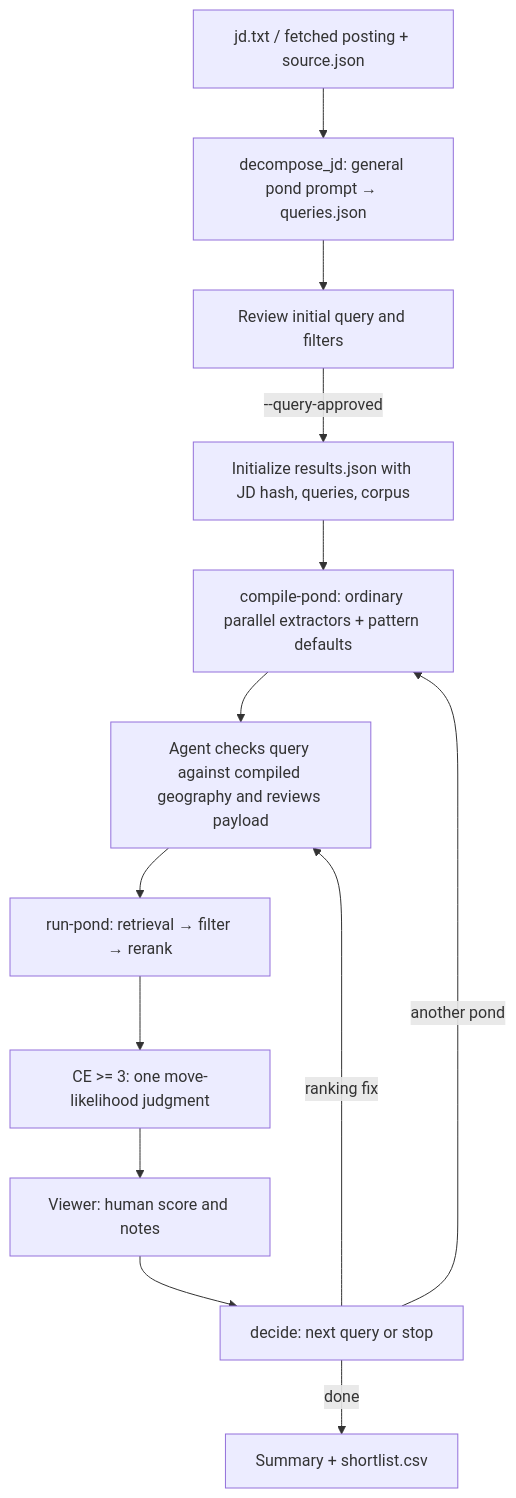
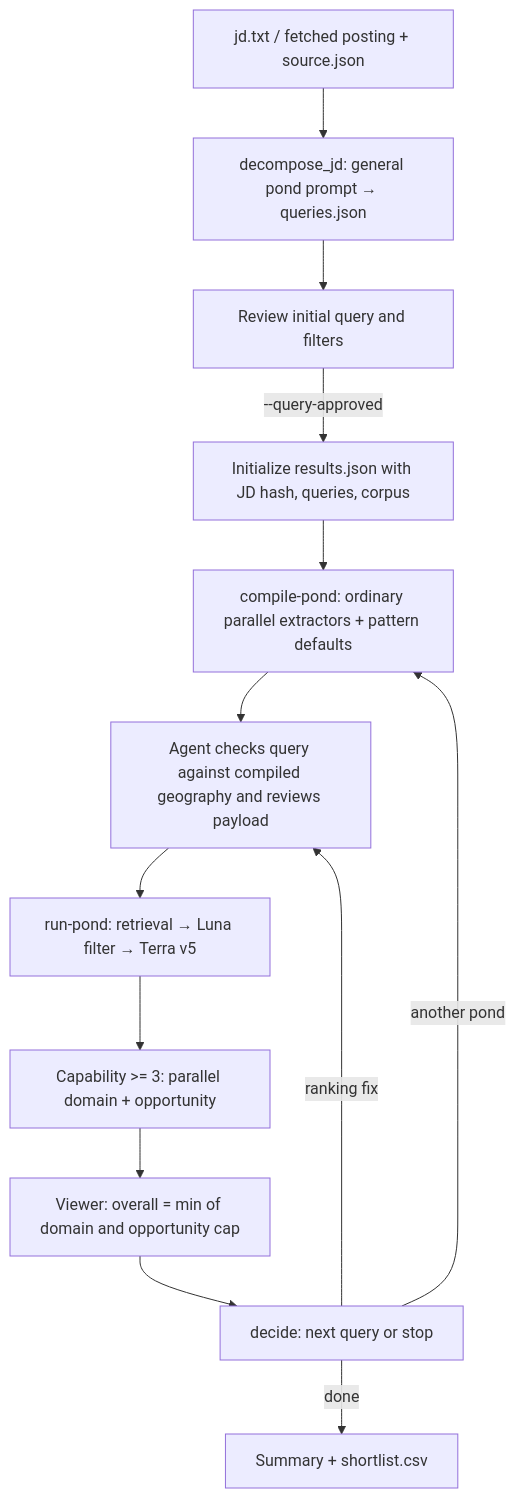
The diagram in packs/search/primitives/deep_search/README.md (powerset-co/powerpacks), drawn with Mermaid before and after one commit. The commit also changed other lines of this file and 21 other files, not shown here.

````diff
--- a/packs/search/primitives/deep_search/README.md
+++ b/packs/search/primitives/deep_search/README.md
@@ -14,15 +15,15 @@
 ```mermaid
 flowchart TD
     JD[jd.txt / fetched posting + source.json] --> Q[decompose_jd: general pond prompt → queries.json]
     Q --> REVIEW[Review initial query and filters]
     REVIEW -->|--query-approved| INIT[Initialize results.json with JD hash, queries, corpus]
     INIT --> COMPILE[compile-pond: ordinary parallel extractors + pattern defaults]
     COMPILE --> CHECK[Agent checks query against compiled geography and reviews payload]
-    CHECK --> RUN[run-pond: retrieval → filter → rerank]
-    RUN --> MOVE[CE >= 3: one move-likelihood judgment]
-    MOVE --> VIEW[Viewer: human score and notes]
+    CHECK --> RUN[run-pond: retrieval → Luna filter → Terra v5]
+    RUN --> JUDGES[Capability >= 3: parallel domain + opportunity]
+    JUDGES --> VIEW[Viewer: overall = min of domain and opportunity cap]
     VIEW --> DECIDE[decide: next query or stop]
     DECIDE -->|another pond| COMPILE
     DECIDE -->|ranking fix| CHECK
     DECIDE -->|done| EXPORT[Summary + shortlist.csv]
 ```
````
